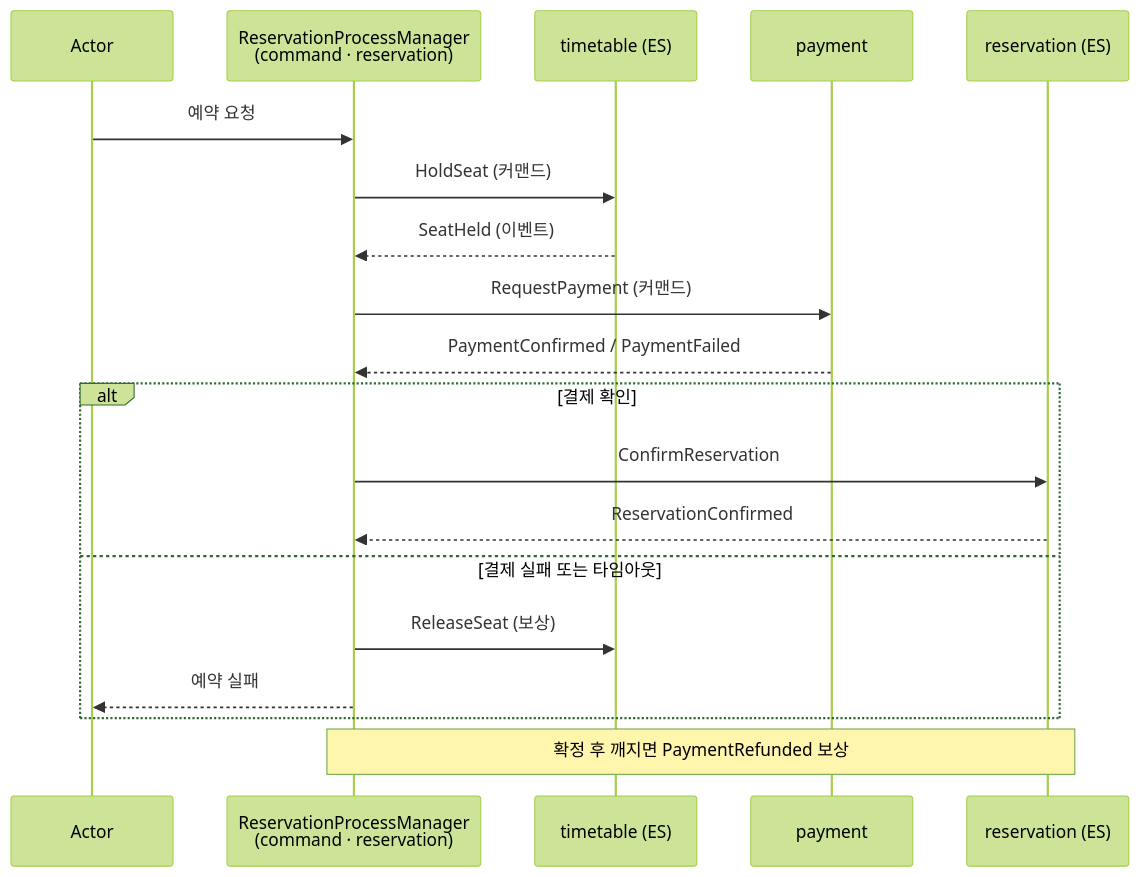
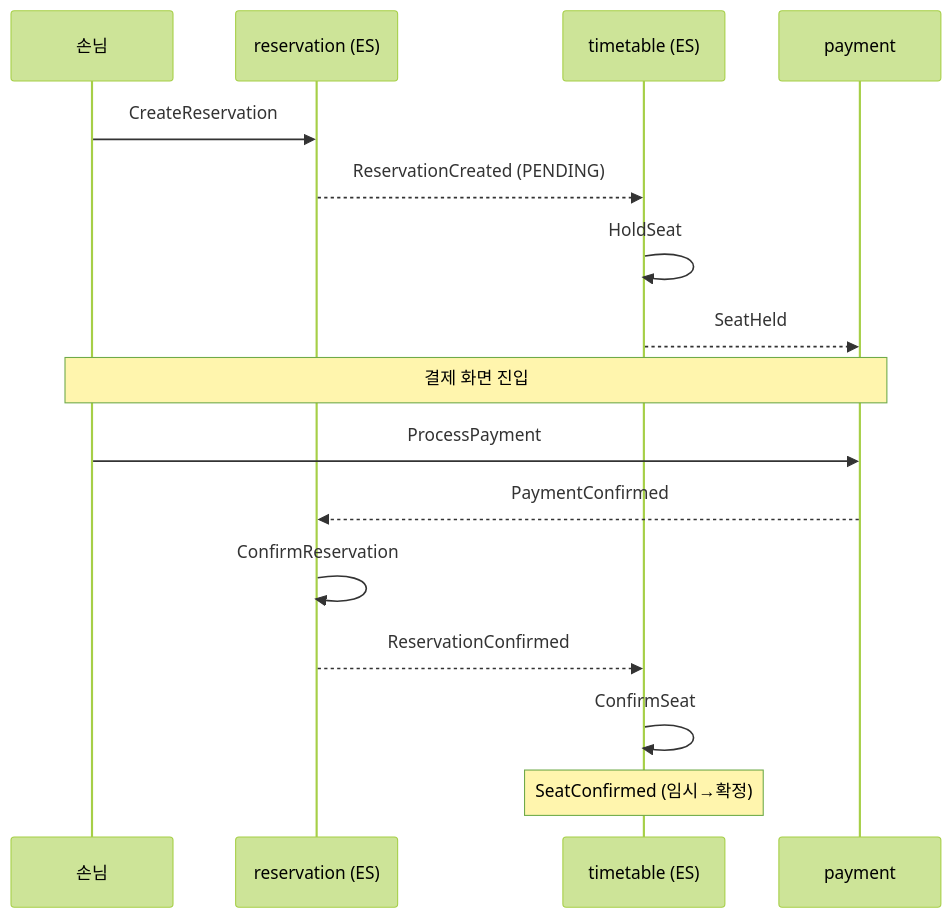
One commit to newkayak12/prototype-reservation-system changed the second of 8 diagrams in docs/v2/design_doc/06-consistency-and-sagas.md. Above: the diagram before and after it, drawn with Mermaid (forest theme). The commit also changed other lines of this file and 12 other files, not shown here.

````diff
--- a/docs/v2/design_doc/06-consistency-and-sagas.md
+++ b/docs/v2/design_doc/06-consistency-and-sagas.md
@@ -64,22 +63,24 @@
 ```mermaid
 sequenceDiagram
-    participant U as Actor
-    participant PM as ReservationProcessManager<br/>(command · reservation)
+    participant U as 손님
+    participant RES as reservation (ES)
     participant TT as timetable (ES)
-    participant P as payment
-    participant RES as reservation (ES)
+    participant PAY as payment
 
-    U->>PM: 예약 요청
-    PM->>TT: HoldSeat (커맨드)
-    TT-->>PM: SeatHeld (이벤트)
-    PM->>P: RequestPayment (커맨드)
-    P-->>PM: PaymentConfirmed / PaymentFailed
-    alt 결제 확인
-        PM->>RES: ConfirmReservation
-        RES-->>PM: ReservationConfirmed
-    else 결제 실패 또는 타임아웃
-        PM->>TT: ReleaseSeat (보상)
-        PM-->>U: 예약 실패
-    end
-    note over PM,RES: 확정 후 깨지면 PaymentRefunded 보상
+    U->>RES: CreateReservation
+    RES-->>TT: ReservationCreated (PENDING)
+
+    TT->>TT: HoldSeat
+    TT-->>PAY: SeatHeld
+
+    Note over U,PAY: 결제 화면 진입
+
+    U->>PAY: ProcessPayment
+    PAY-->>RES: PaymentConfirmed
+
+    RES->>RES: ConfirmReservation
+    RES-->>TT: ReservationConfirmed
+
+    TT->>TT: ConfirmSeat
+    Note over TT: SeatConfirmed (임시→확정)
 ```
````
